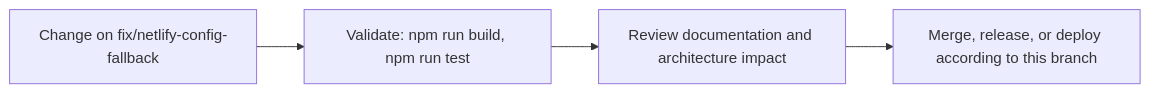
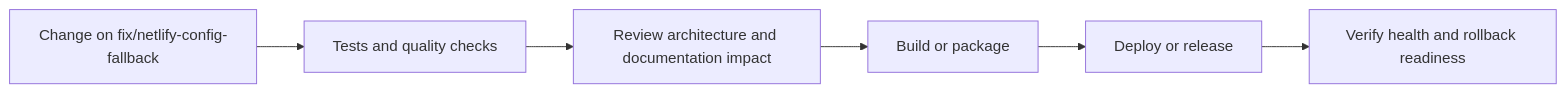
One commit to Nischhalsubba/Formcraft changed the fifth of 6 diagrams in README.md. Above: the diagram before and after it, drawn with Mermaid. The commit also changed other lines of this file, not shown here.

````diff
--- a/README.md
+++ b/README.md
@@ -64,8 +156,8 @@
 ```mermaid
 flowchart LR
-    CHANGE["Change on fix/netlify-config-fallback"]
-    CHECK["Validate: npm run build, npm run test"]
-    REVIEW["Review documentation and architecture impact"]
-    RELEASE["Merge, release, or deploy according to this branch"]
-    CHANGE --> CHECK --> REVIEW --> RELEASE
+    CHANGE["Change on fix/netlify-config-fallback"] --> CHECK["Tests and quality checks"]
+    CHECK --> REVIEW["Review architecture and documentation impact"]
+    REVIEW --> BUILD["Build or package"]
+    BUILD --> DEPLOY["Deploy or release"]
+    DEPLOY --> VERIFY["Verify health and rollback readiness"]
 ```
````
